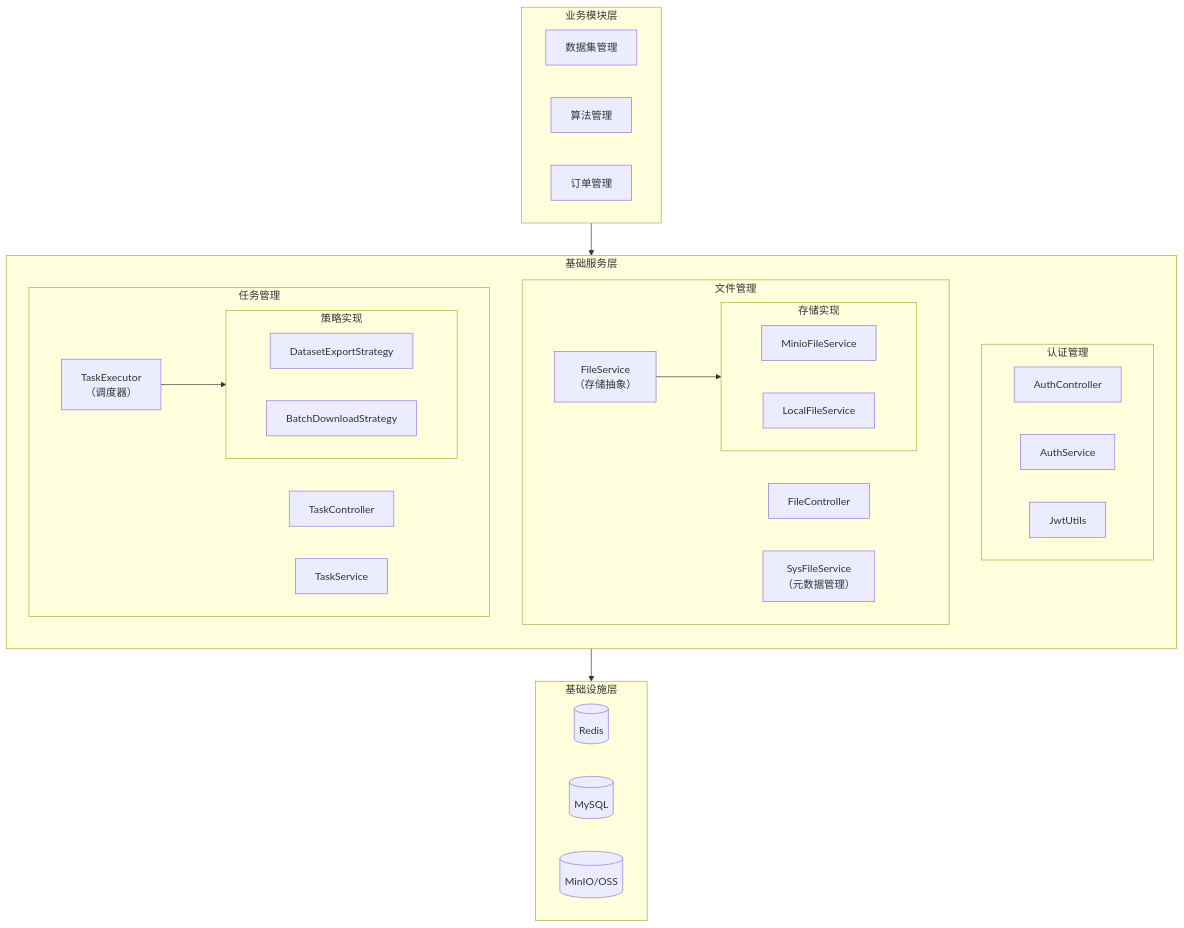
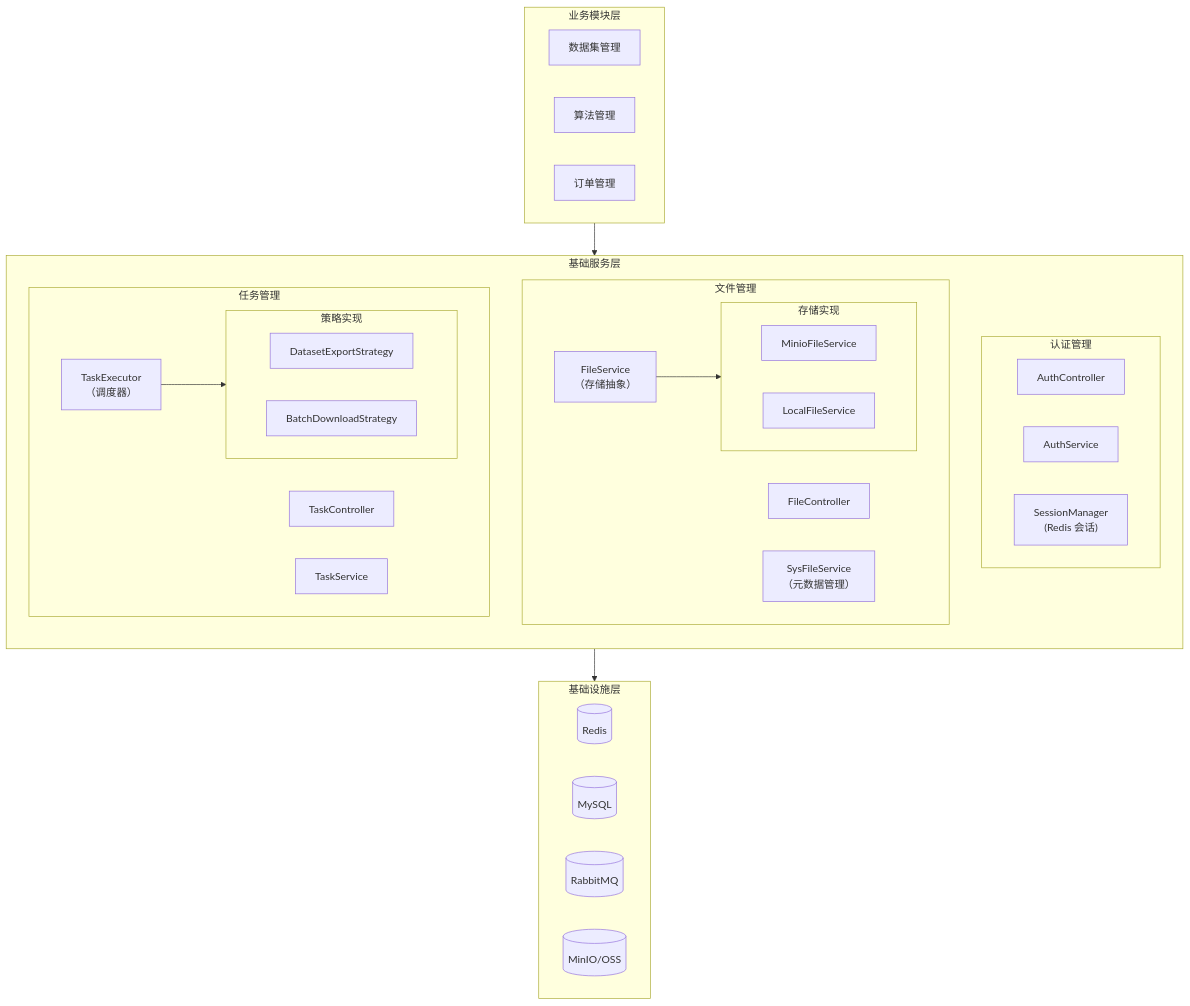
One commit to earthy-zinc/dehaze-system changed the third of 4 diagrams in dehaze-doc/docs/02-系统架构/01-总体架构设计.md. Above: the diagram before and after it, drawn with Mermaid. The commit also changed other lines of this file and 1067 other files, not shown here.

````diff
--- a/dehaze-doc/docs/02-系统架构/01-总体架构设计.md
+++ b/dehaze-doc/docs/02-系统架构/01-总体架构设计.md
@@ -196,51 +214,52 @@
 ```mermaid
 flowchart TB
     subgraph BusinessModules["业务模块层"]
         direction LR
         Dataset["数据集管理"]
         Algorithm["算法管理"]
         Order["订单管理"]
     end
 
     subgraph FoundationServices["基础服务层"]
         direction TB
 
         subgraph AuthModule["认证管理"]
             AuthController["AuthController"]
             AuthService["AuthService"]
-            JwtUtils["JwtUtils"]
+            SessionMgr["SessionManager<br/>(Redis 会话)"]
         end
 
         subgraph FileModule["文件管理"]
             FileController["FileController"]
             SysFileService["SysFileService<br/>（元数据管理）"]
             FileService["FileService<br/>（存储抽象）"]
             subgraph StorageImpl["存储实现"]
                 MinIO["MinioFileService"]
                 Local["LocalFileService"]
             end
         end
 
         subgraph TaskModule["任务管理"]
             TaskController["TaskController"]
             TaskService["TaskService"]
             TaskExecutor["TaskExecutor<br/>（调度器）"]
             subgraph Strategies["策略实现"]
                 ExportStrategy["DatasetExportStrategy"]
                 DownloadStrategy["BatchDownloadStrategy"]
             end
         end
     end
 
     subgraph Infrastructure["基础设施层"]
         Redis[("Redis")]
         MySQL[("MySQL")]
+        MQ[("RabbitMQ")]
         ObjectStorage[("MinIO/OSS")]
     end
 
     BusinessModules --> FoundationServices
     FoundationServices --> Infrastructure
 
     FileService --> StorageImpl
     TaskExecutor --> Strategies
 ```
````
